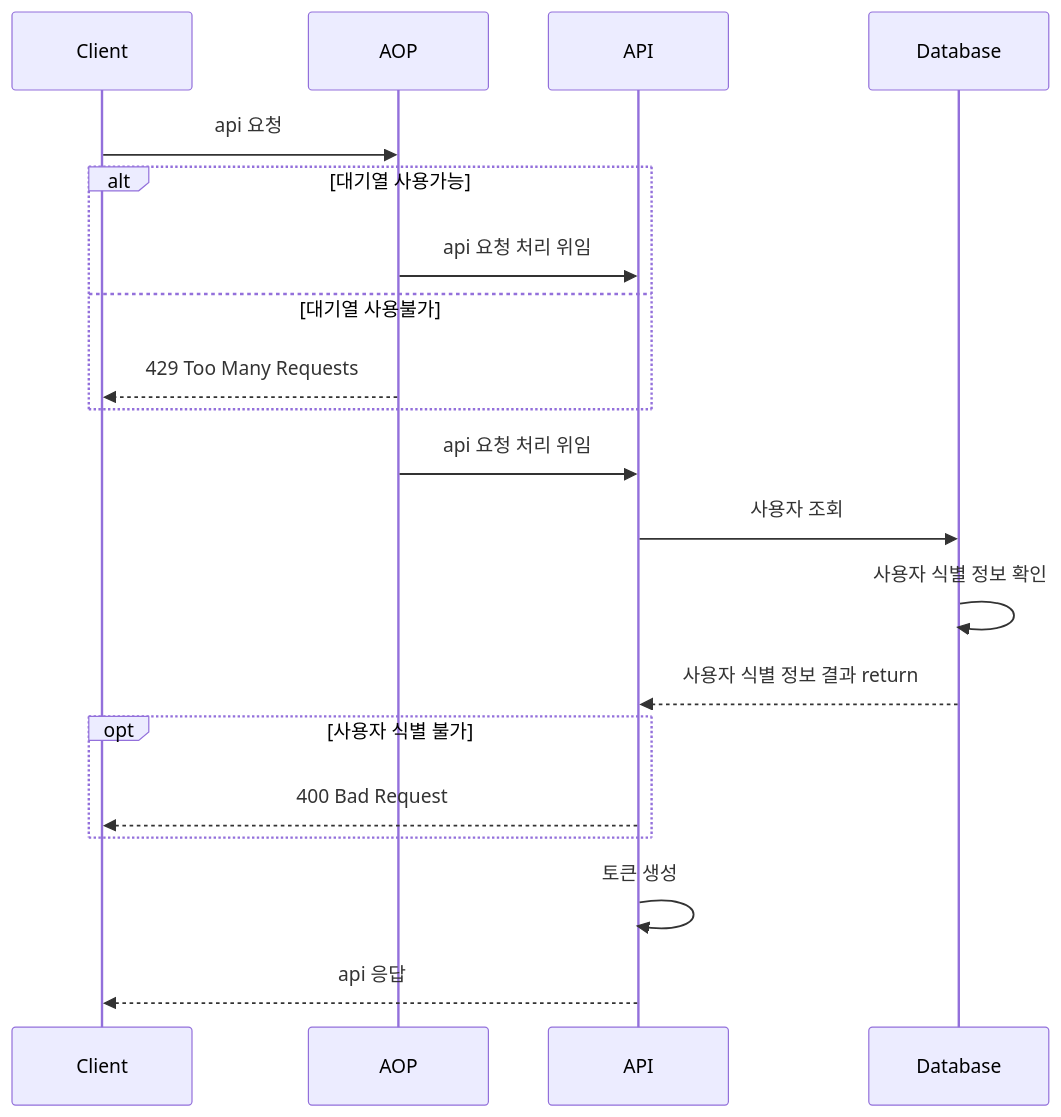
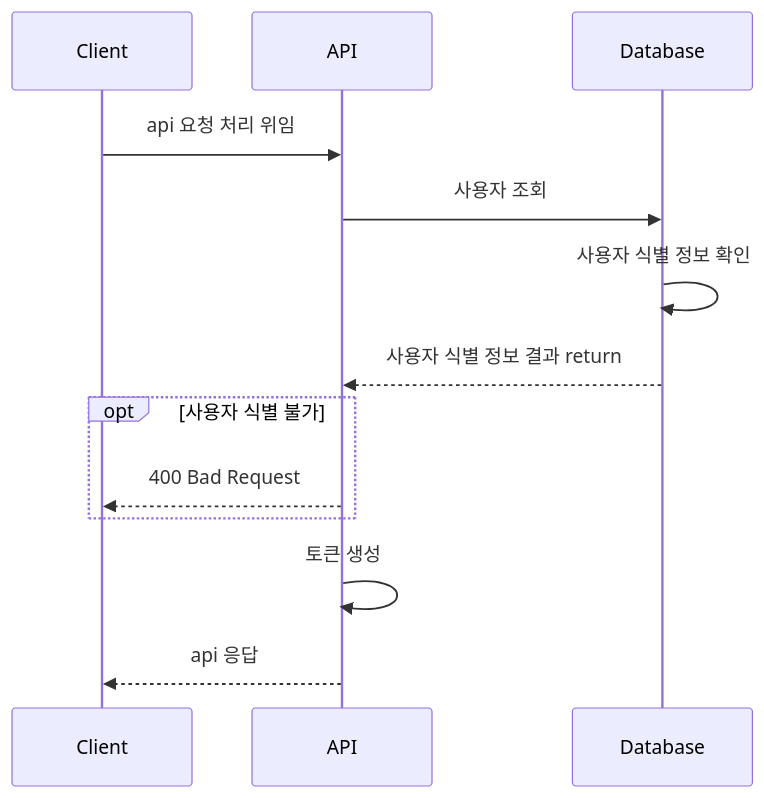
Before and after one commit to wanniDev/ticket: the second of 4 diagrams in README.MD, drawn with Mermaid. The commit also changed other lines of this file, not shown here.

Commit message:
Document: 결제 api 시퀀스 다이어그램 작성

````diff
--- a/README.MD
+++ b/README.MD
@@ -55,23 +55,16 @@
 ```mermaid
 sequenceDiagram
     participant C as Client
-    participant AO as AOP
     participant A as API
     participant DB as Database
-    C->>AO: api 요청
-    alt 대기열 사용가능
-      AO->>A: api 요청 처리 위임
-    else 대기열 사용불가
-      AO-->>C: 429 Too Many Requests
-    end
-    AO->>A: api 요청 처리 위임
+    C->>A: api 요청 처리 위임
     A->>DB: 사용자 조회
     DB->>DB: 사용자 식별 정보 확인
     DB-->>A: 사용자 식별 정보 결과 return
     opt 사용자 식별 불가 
         A-->>C: 400 Bad Request
     end
     A->>A: 토큰 생성
     A-->>C: api 응답
 
 ```
````
